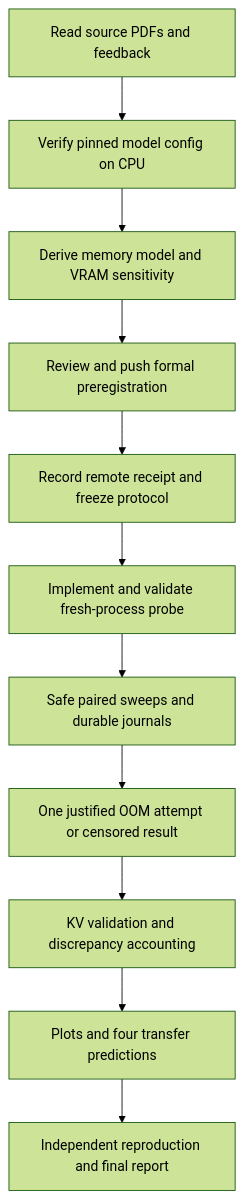
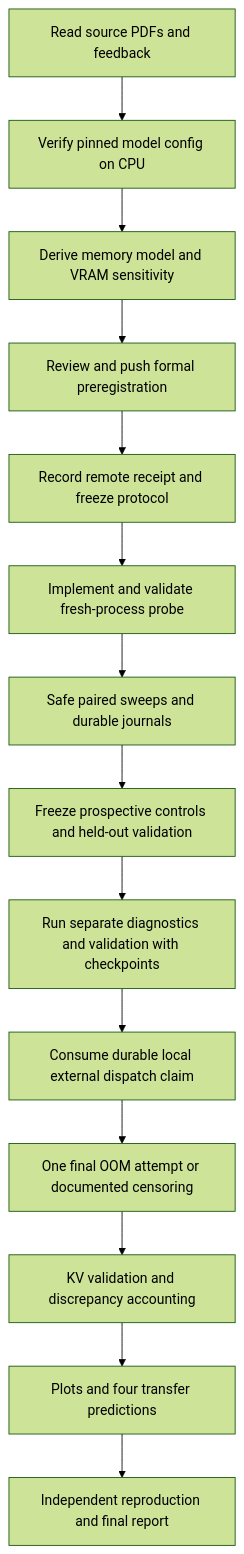
Before and after one commit to DevanshSharma351/KV-Cache-Scaling: the diagram in PROJECT_FLOW.md, drawn with Mermaid (forest theme). The commit also changed other lines of this file and 6 other files, not shown here.

Commit message:
feat(analysis): quantify controlled residuals, held-out error and honest boundary intervals

````diff
--- a/PROJECT_FLOW.md
+++ b/PROJECT_FLOW.md
@@ -5,13 +5,16 @@
 ```mermaid
 flowchart TD
     A[Read source PDFs and feedback] --> B[Verify pinned model config on CPU]
     B --> C[Derive memory model and VRAM sensitivity]
     C --> D[Review and push formal preregistration]
     D --> E[Record remote receipt and freeze protocol]
     E --> F[Implement and validate fresh-process probe]
     F --> G[Safe paired sweeps and durable journals]
-    G --> H[One justified OOM attempt or censored result]
+    G --> G2[Freeze prospective controls and held-out validation]
+    G2 --> G3[Run separate diagnostics and validation with checkpoints]
+    G3 --> G4[Consume durable local external dispatch claim]
+    G4 --> H[One final OOM attempt or documented censoring]
     H --> I[KV validation and discrepancy accounting]
     I --> J[Plots and four transfer predictions]
     J --> K[Independent reproduction and final report]
 ```
````
